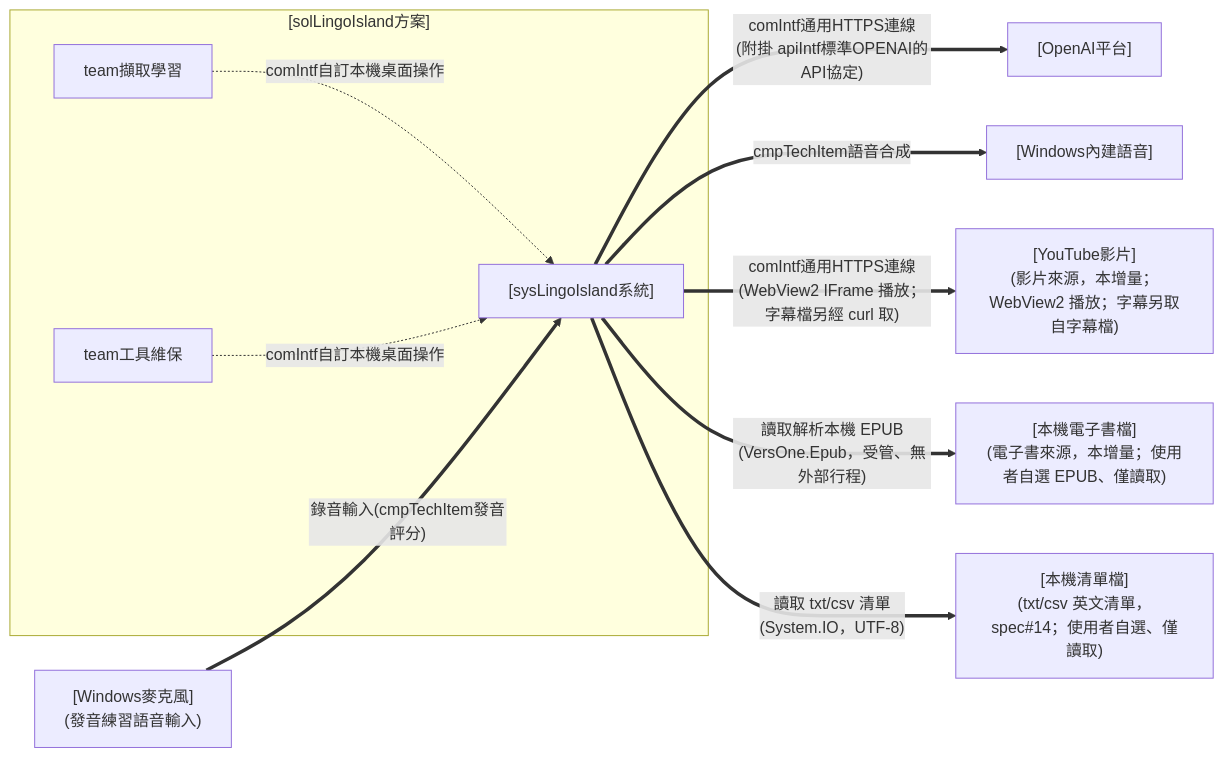
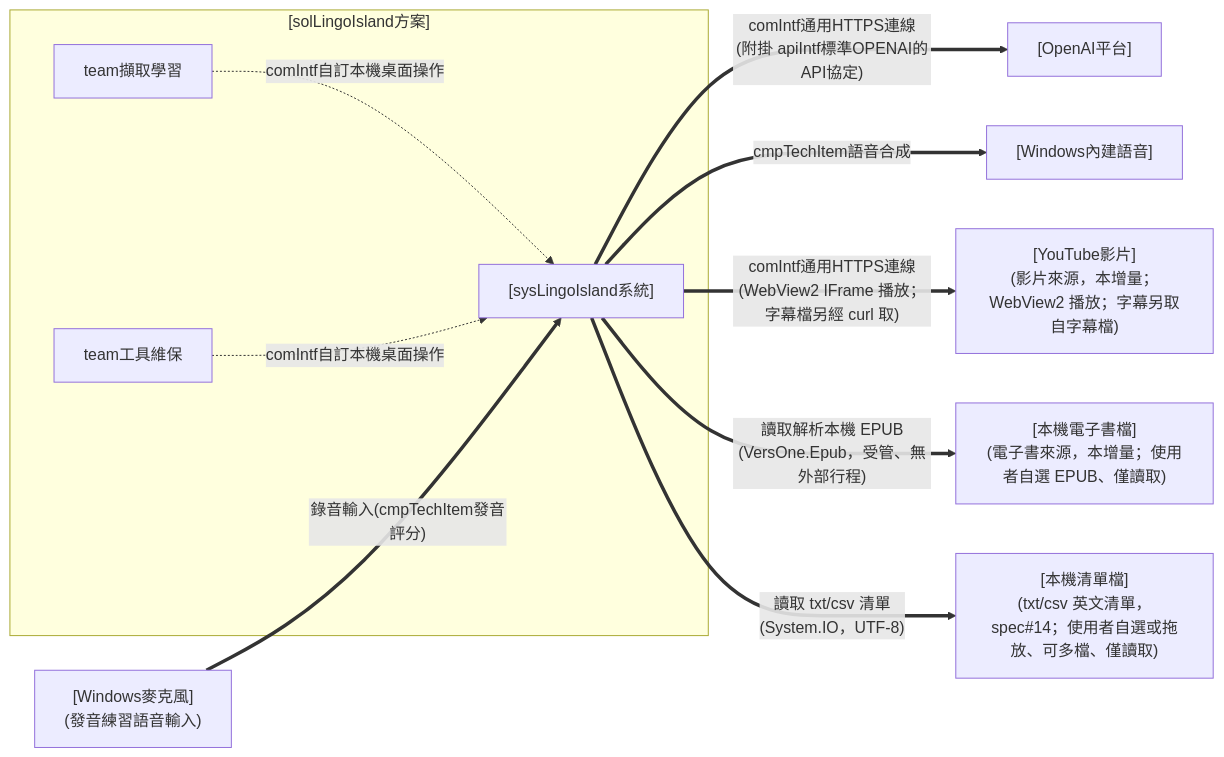
One commit to twMoonBear-Laboratory/solLingoIsland changed the third of 6 diagrams in docs/design.md. Above: the diagram before and after it, drawn with Mermaid. The commit also changed other lines of this file and 12 other files, not shown here.

````diff
--- a/docs/design.md
+++ b/docs/design.md
@@ -198,24 +199,24 @@
 ```mermaid
 flowchart LR
 
 subgraph SOL["[solLingoIsland方案]"]
   T1["team擷取學習"]
   T2["team工具維保"]
   SYS["[sysLingoIsland系統]"]
   T1 -.->|"comIntf自訂本機桌面操作"| SYS
   T2 -.->|"comIntf自訂本機桌面操作"| SYS
 end
 
 OPENAI["[OpenAI平台]"]
 SPEECH["[Windows內建語音]"]
 MIC["[Windows麥克風]<br/>(發音練習語音輸入)"]
 SYS ==>|"comIntf通用HTTPS連線<br/>(附掛 apiIntf標準OPENAI的API協定)"| OPENAI
 SYS ==>|"cmpTechItem語音合成"| SPEECH
 MIC ==>|"錄音輸入(cmpTechItem發音評分)"| SYS
 YT["[YouTube影片]<br/>(影片來源，本增量；WebView2 播放；字幕另取自字幕檔)"]
 SYS ==>|"comIntf通用HTTPS連線<br/>(WebView2 IFrame 播放；字幕檔另經 curl 取)"| YT
 EBOOK["[本機電子書檔]<br/>(電子書來源，本增量；使用者自選 EPUB、僅讀取)"]
 SYS ==>|"讀取解析本機 EPUB<br/>(VersOne.Epub，受管、無外部行程)"| EBOOK
-LIST["[本機清單檔]<br/>(txt/csv 英文清單，spec#14；使用者自選、僅讀取)"]
+LIST["[本機清單檔]<br/>(txt/csv 英文清單，spec#14；使用者自選或拖放、可多檔、僅讀取)"]
 SYS ==>|"讀取 txt/csv 清單<br/>(System.IO，UTF-8)"| LIST
 ```
````
